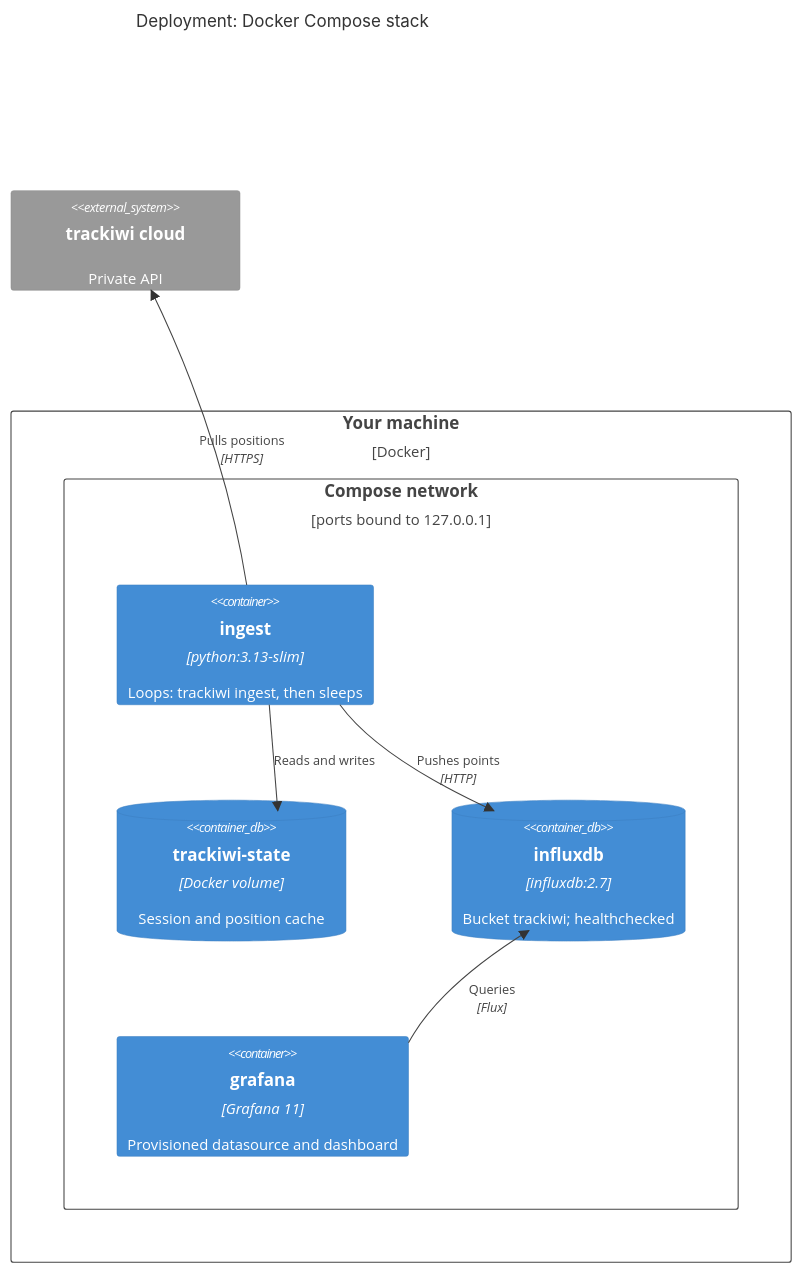
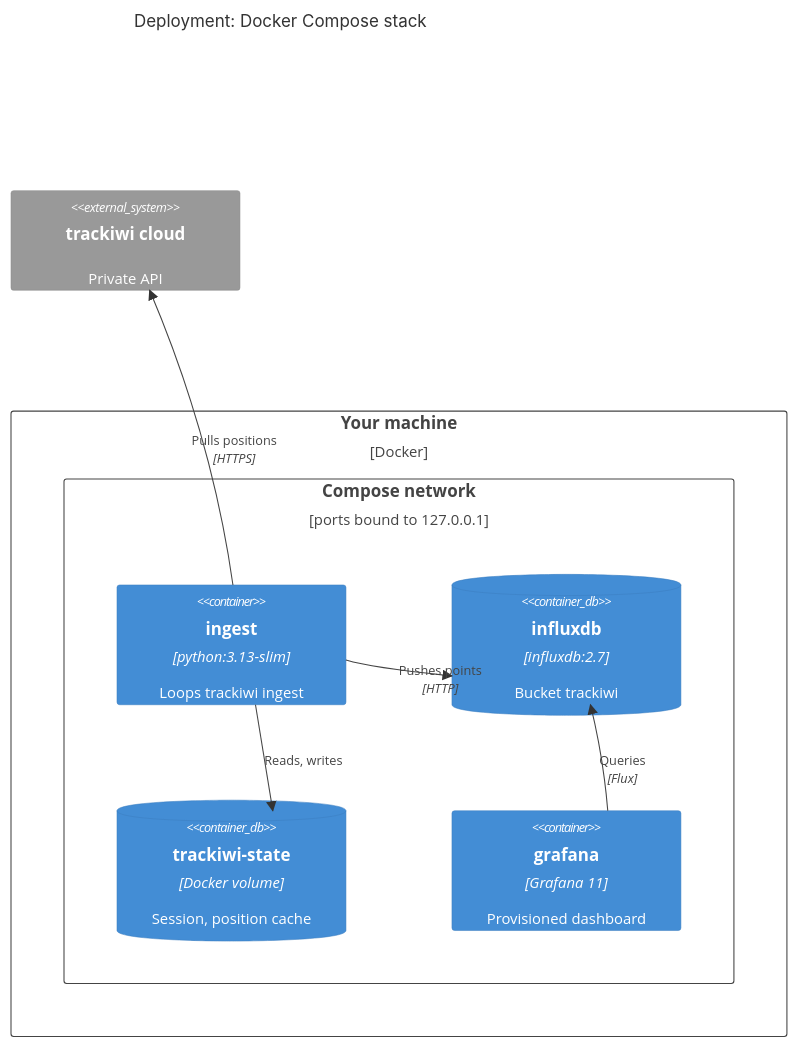
The fifth of 7 diagrams in docs/architecture.rst (ckeller42/trackiwi-client), drawn with Mermaid before and after one commit. The commit also changed other lines of this file and 2 other files, not shown here.

First line of the commit message:
docs(architecture): fix diagram layout, readable in the dark theme

```diff
--- a/docs/architecture.rst
+++ b/docs/architecture.rst
@@ -177,17 +178,18 @@
 .. mermaid::
 
    C4Deployment
      title Deployment: Docker Compose stack
      Deployment_Node(host, "Your machine", "Docker") {
        Deployment_Node(net, "Compose network", "ports bound to 127.0.0.1") {
-         Container(ingest, "ingest", "python:3.13-slim", "Loops: trackiwi ingest, then sleeps")
-         ContainerDb(state, "trackiwi-state", "Docker volume", "Session and position cache")
-         ContainerDb(influx, "influxdb", "influxdb:2.7", "Bucket trackiwi; healthchecked")
-         Container(grafana, "grafana", "Grafana 11", "Provisioned datasource and dashboard")
+         Container(ingest, "ingest", "python:3.13-slim", "Loops trackiwi ingest")
+         ContainerDb(influx, "influxdb", "influxdb:2.7", "Bucket trackiwi")
+         ContainerDb(state, "trackiwi-state", "Docker volume", "Session, position cache")
+         Container(grafana, "grafana", "Grafana 11", "Provisioned dashboard")
        }
      }
      System_Ext(cloud, "trackiwi cloud", "Private API")
-     Rel(ingest, state, "Reads and writes")
+     Rel(ingest, state, "Reads, writes")
      Rel(ingest, cloud, "Pulls positions", "HTTPS")
      Rel(ingest, influx, "Pushes points", "HTTP")
      Rel(grafana, influx, "Queries", "Flux")
+     UpdateLayoutConfig($c4ShapeInRow="2", $c4BoundaryInRow="1")
```
